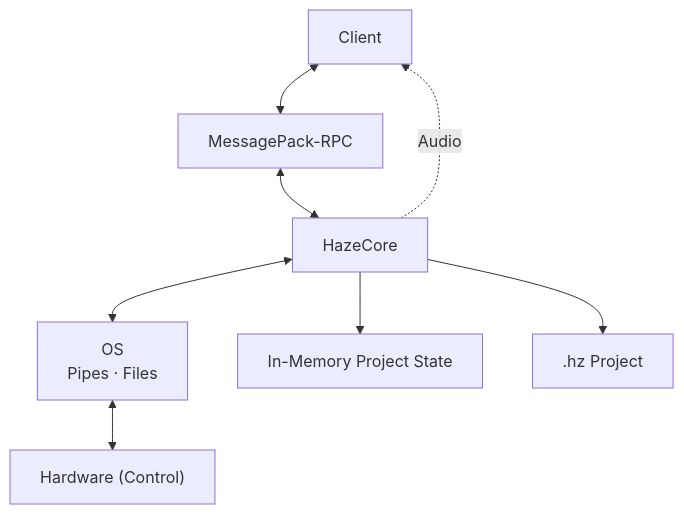
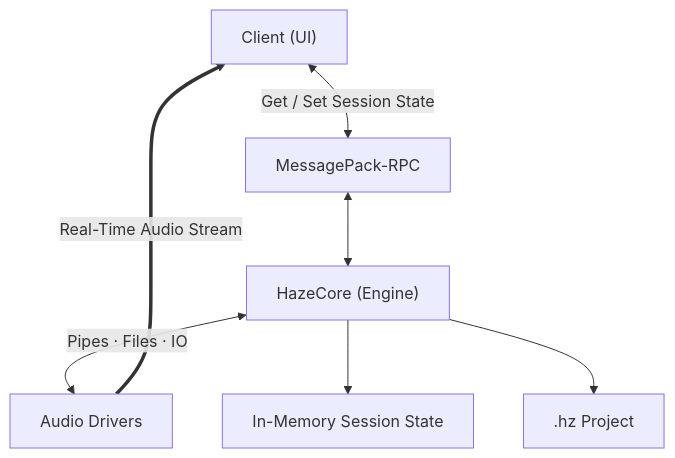
Before and after one commit to KiamMota/haze: the diagram in README.md, drawn with Mermaid.

Commit message:
Update README.md with improved diagram and descriptions

````diff
--- a/README.md
+++ b/README.md
@@ -13,19 +13,22 @@
 ``` mermaid
 graph TD;
-    Client["Client"]
+    Client["Client (UI)"]
     RPC["MessagePack-RPC"]
-    Core["HazeCore"]
-    OS["OS<br/>Pipes · Files"]
-    Hardware["Hardware (Control)"]
+    Core["HazeCore (Engine)"]
+    OS["Audio Drivers<br/>"]
 
-    Client <--> RPC;
+    Client <-->|Get / Set Session State| RPC;
     RPC <--> Core;
-    Core <--> OS;
-    OS <--> Hardware;
 
-    Core --> Project["In-Memory Project State"];
+    Core <-->|Pipes · Files · IO| OS;
+
+    Core --> Project["In-Memory Session State"];
     Core --> File[".hz Project"];
 
-    Core -.->|Audio| Client;
+    OS ===>|Real-Time Audio Stream| Client;
+
+    classDef highlight fill:#f9f,stroke:#333,stroke-width:2px;
+    classDef audio stroke:#333,stroke-width:3px;
+
 
 ```
````
